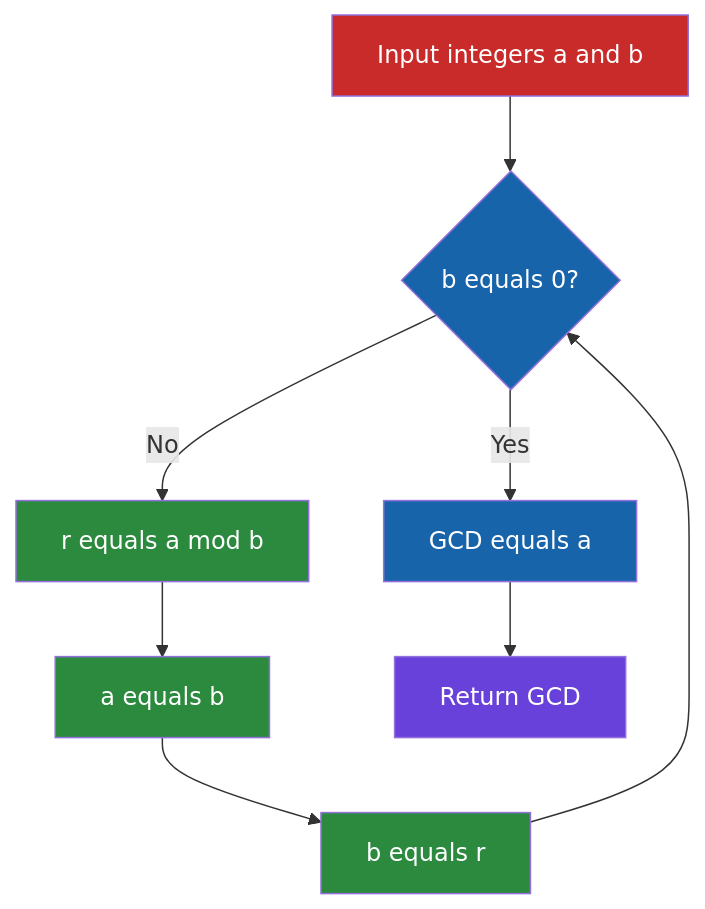
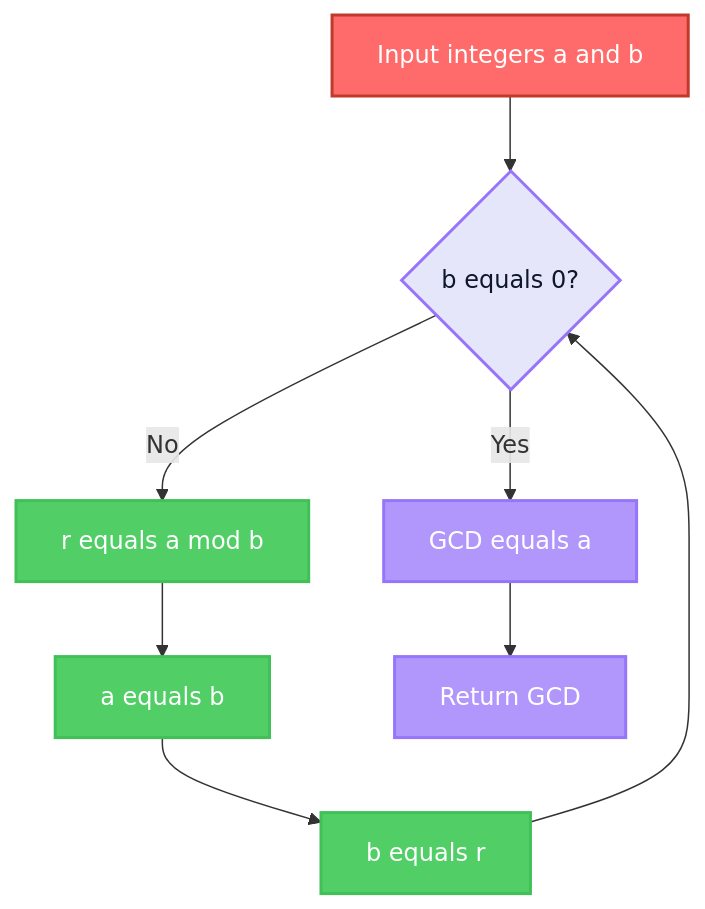
One commit to garywelz/progframe changed the first of 8 diagrams in collaborations/mathematics-database/algorithms-axiomatic-theories-proofs-revised.md. Above: the diagram before and after it, drawn with Mermaid. The commit also changed other lines of this file and 13 other files, not shown here.

````diff
--- a/collaborations/mathematics-database/algorithms-axiomatic-theories-proofs-revised.md
+++ b/collaborations/mathematics-database/algorithms-axiomatic-theories-proofs-revised.md
@@ -124,17 +124,18 @@
 ```mermaid
 flowchart TD
     A["Input integers a and b"] --> B{"b equals 0?"}
     B -->|Yes| C["GCD equals a"]
     B -->|No| D["r equals a mod b"]
     D --> E["a equals b"]
     E --> F["b equals r"]
     F --> B
     C --> G["Return GCD"]
-    style A fill:#c92a2a,color:#fff
-    style B fill:#1864ab,color:#fff
-    style C fill:#1864ab,color:#fff
-    style D fill:#2b8a3e,color:#fff
-    style E fill:#2b8a3e,color:#fff
-    style F fill:#2b8a3e,color:#fff
-    style G fill:#6741d9,color:#fff
+    classDef glmpInput fill:#ff6b6b,stroke:#c0392b,color:#fff,stroke-width:2px
+    classDef glmpDecision fill:#e6e6fa,stroke:#9775fa,color:#0f172a,stroke-width:2px
+    classDef glmpOperation fill:#51cf66,stroke:#40c057,color:#fff,stroke-width:2px
+    classDef glmpOutput fill:#b197fc,stroke:#9775fa,color:#fff,stroke-width:2px
+    class A glmpInput
+    class B glmpDecision
+    class C,G glmpOutput
+    class D,E,F glmpOperation
 ```
````
